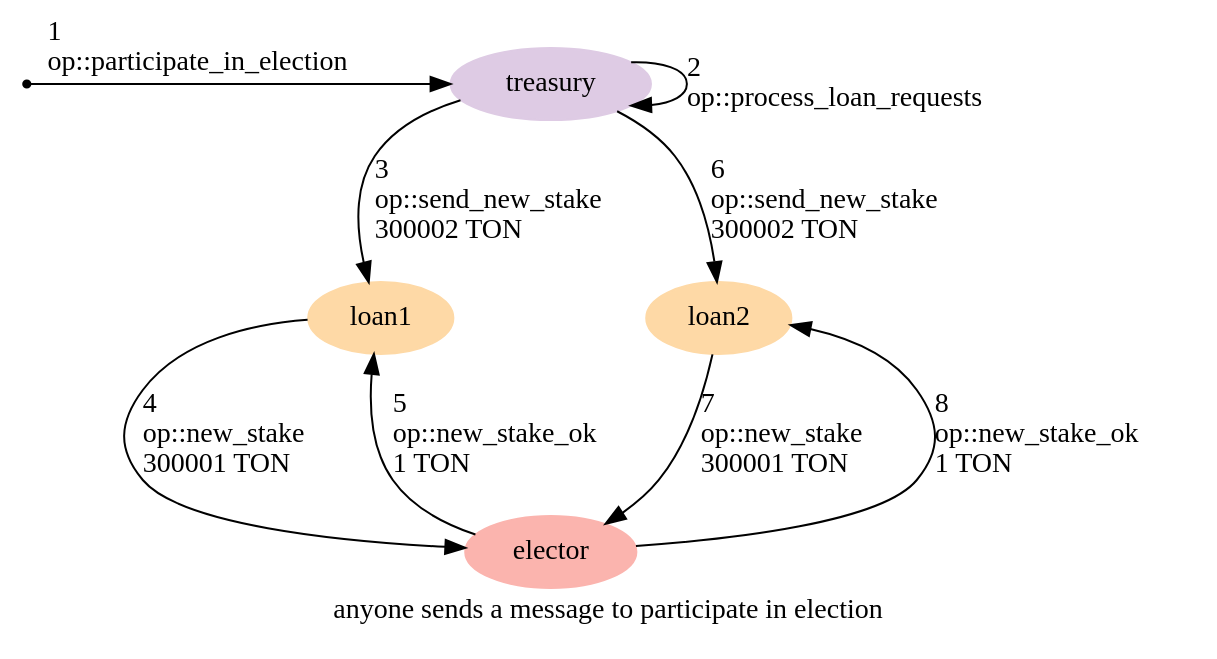
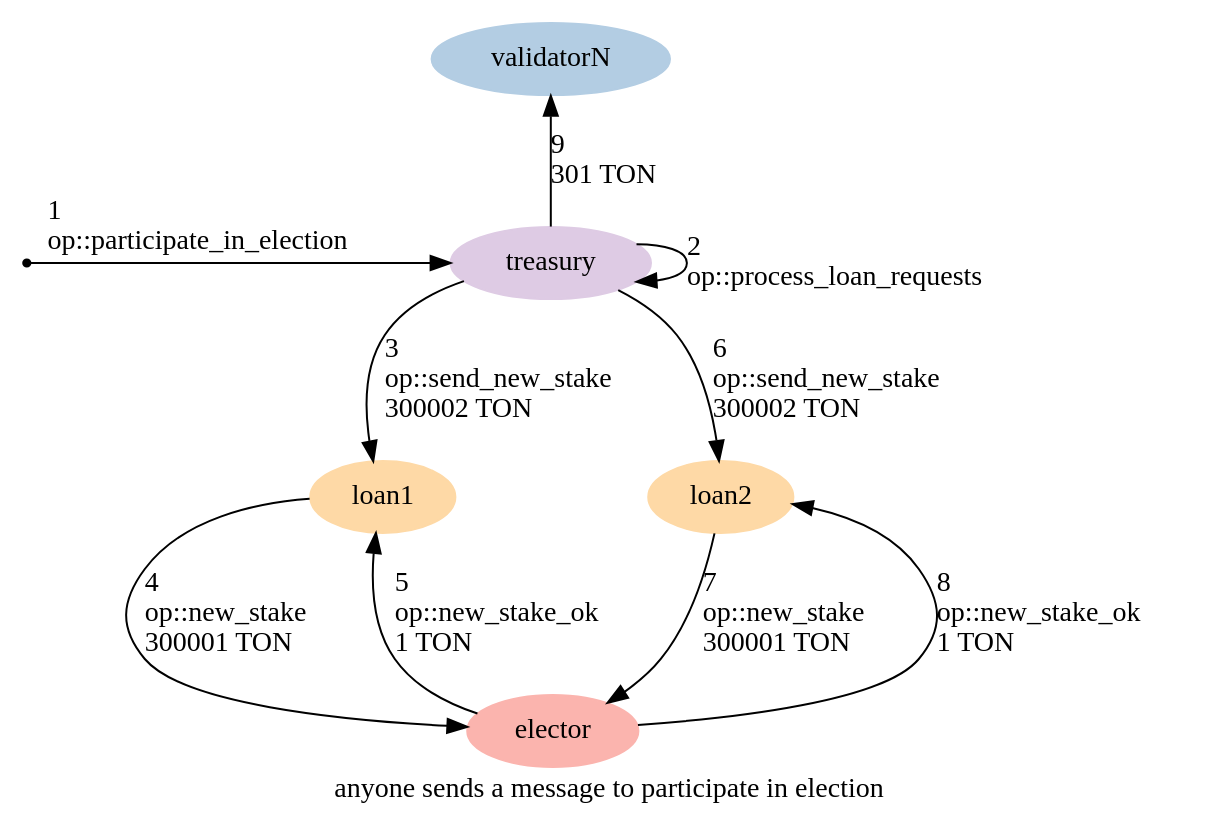
One commit to HipoFinance/contract changed the diagram in graphs/07-participate-in-election.dot. Above: the diagram before and after it, drawn with Graphviz. The commit also changed 1 other file, not shown here.

Commit message:
Improve loan graphs

```diff
--- a/graphs/07-participate-in-election.dot
+++ b/graphs/07-participate-in-election.dot
@@ -1,24 +1,27 @@
 digraph {
     label="anyone sends a message to participate in election"
     node [ colorscheme=pastel19 style=filled ]
 
     /* Entities */
     external [ shape=point ]
     treasury [ color=4 ]
     loan1, loan2 [ color=5 ]
     elector [ color=1 ]
+    validatorN [ color=2 ]
 
     /* Relationships */
     external -> treasury [ label="1\l op::participate_in_election\l" ]
     treasury -> treasury [ label="2\l op::process_loan_requests\l" ]
     treasury -> loan1 [ label="3\l op::send_new_stake\l 300002 TON\l" ]
     loan1 -> elector [ label="4\l op::new_stake\l 300001 TON\l" ]
     elector -> loan1 [ label="5\l op::new_stake_ok\l 1 TON\l" ]
     treasury -> loan2 [ label="6\l op::send_new_stake\l 300002 TON\l" ]
     loan2 -> elector [ label="7\l op::new_stake\l 300001 TON\l" ]
     elector -> loan2 [ label="8\l op::new_stake_ok\l 1 TON\l" ]
+    treasury -> validatorN [ label="9\l 301 TON\l" ]
 
     /* Ranks */
-    { rank=min external treasury }
+    { rank=min validatorN }
+    { rank=same external treasury }
     { rank=max elector }
 }
```
